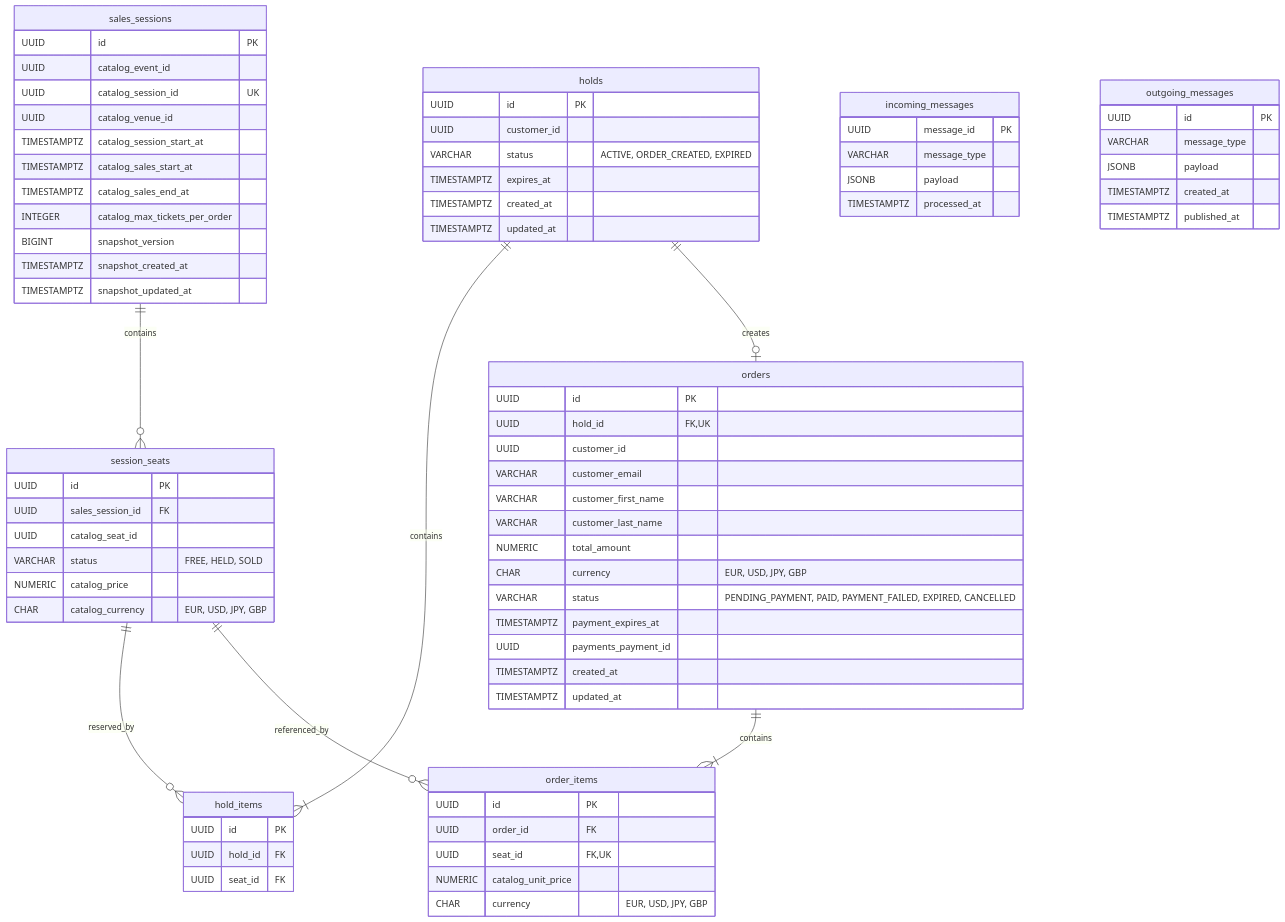
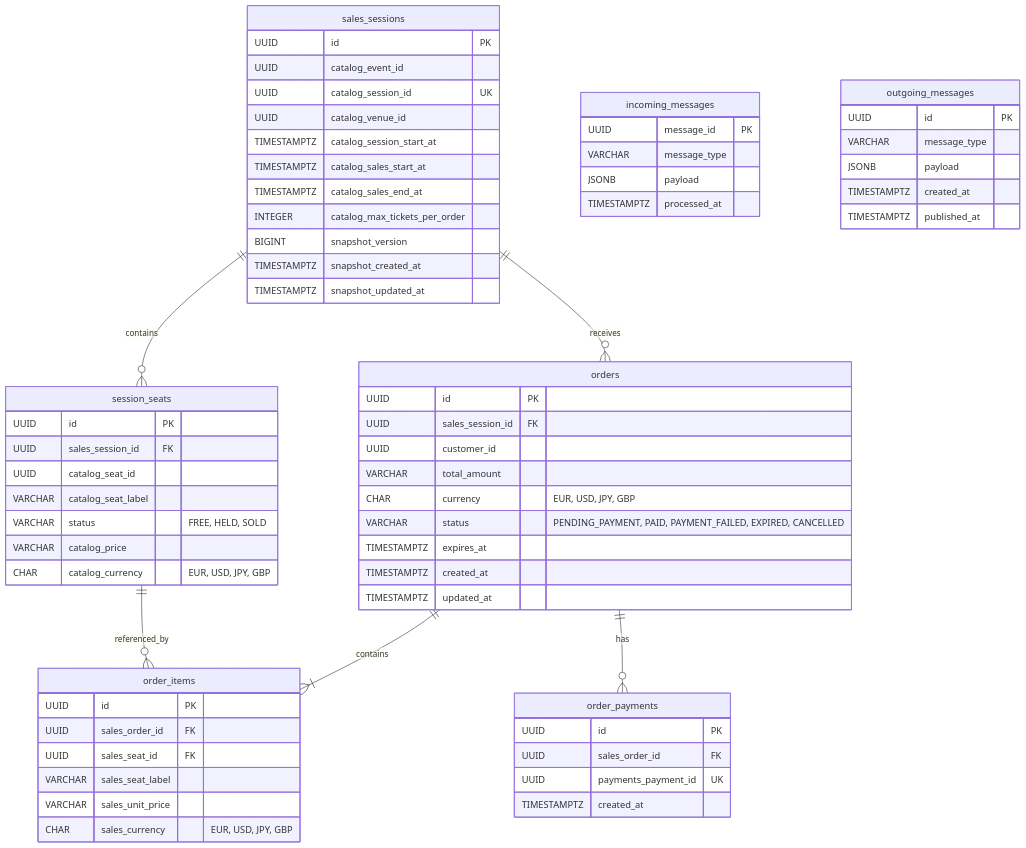
Before and after one commit to PolitoGroup8/sales: the diagram in README.md, drawn with Mermaid. The commit also changed other lines of this file and 43 other files, not shown here.

````diff
--- a/README.md
+++ b/README.md
@@ -103,86 +103,75 @@
 ```mermaid
 erDiagram
-    sales_sessions ||--o{ session_seats : contains
-    holds ||--|{ hold_items : contains
-    session_seats ||--o{ hold_items : reserved_by
-    holds ||--o| orders : creates
-    orders ||--|{ order_items : contains
-    session_seats ||--o{ order_items : referenced_by
+   sales_sessions ||--o{ session_seats : contains
+   sales_sessions ||--o{ orders : receives
+   orders ||--|{ order_items : contains
+   orders ||--o{ order_payments : has
+   session_seats ||--o{ order_items : referenced_by
 
-    sales_sessions {
-        UUID id PK
-        UUID catalog_event_id
-        UUID catalog_session_id UK
-        UUID catalog_venue_id
-        TIMESTAMPTZ catalog_session_start_at
-        TIMESTAMPTZ catalog_sales_start_at
-        TIMESTAMPTZ catalog_sales_end_at
-        INTEGER catalog_max_tickets_per_order
-        BIGINT snapshot_version
-        TIMESTAMPTZ snapshot_created_at
-        TIMESTAMPTZ snapshot_updated_at
-    }
+   sales_sessions {
+      UUID id PK
+      UUID catalog_event_id
+      UUID catalog_session_id UK
+      UUID catalog_venue_id
+      TIMESTAMPTZ catalog_session_start_at
+      TIMESTAMPTZ catalog_sales_start_at
+      TIMESTAMPTZ catalog_sales_end_at
+      INTEGER catalog_max_tickets_per_order
+      BIGINT snapshot_version
+      TIMESTAMPTZ snapshot_created_at
+      TIMESTAMPTZ snapshot_updated_at
+   }
 
-    session_seats {
-        UUID id PK
-        UUID sales_session_id FK
-        UUID catalog_seat_id
-        VARCHAR status "FREE, HELD, SOLD"
-        NUMERIC catalog_price
-        CHAR catalog_currency "EUR, USD, JPY, GBP"
-    }
+   session_seats {
+      UUID id PK
+      UUID sales_session_id FK
+      UUID catalog_seat_id
+      VARCHAR catalog_seat_label
+      VARCHAR status "FREE, HELD, SOLD"
+      VARCHAR catalog_price
+      CHAR catalog_currency "EUR, USD, JPY, GBP"
+   }
 
-    holds {
-        UUID id PK
-        UUID customer_id
-        VARCHAR status "ACTIVE, ORDER_CREATED, EXPIRED"
-        TIMESTAMPTZ expires_at
-        TIMESTAMPTZ created_at
-        TIMESTAMPTZ updated_at
-    }
+   orders {
+      UUID id PK
+      UUID sales_session_id FK
+      UUID customer_id
+      VARCHAR total_amount
+      CHAR currency "EUR, USD, JPY, GBP"
+      VARCHAR status "PENDING_PAYMENT, PAID, PAYMENT_FAILED, EXPIRED, CANCELLED"
+      TIMESTAMPTZ expires_at
+      TIMESTAMPTZ created_at
+      TIMESTAMPTZ updated_at
+   }
 
-    hold_items {
-        UUID id PK
-        UUID hold_id FK
-        UUID seat_id FK
-    }
+   order_payments {
+      UUID id PK
+      UUID sales_order_id FK
+      UUID payments_payment_id UK
+      TIMESTAMPTZ created_at
+   }
 
-    orders {
-        UUID id PK
-        UUID hold_id FK, UK
-        UUID customer_id
-        VARCHAR customer_email
-        VARCHAR customer_first_name
-        VARCHAR customer_last_name
-        NUMERIC total_amount
-        CHAR currency "EUR, USD, JPY, GBP"
-        VARCHAR status "PENDING_PAYMENT, PAID, PAYMENT_FAILED, EXPIRED, CANCELLED"
-        TIMESTAMPTZ payment_expires_at
-        UUID payments_payment_id
-        TIMESTAMPTZ created_at
-        TIMESTAMPTZ updated_at
-    }
+   order_items {
+      UUID id PK
+      UUID sales_order_id FK
+      UUID sales_seat_id FK
+      VARCHAR sales_seat_label
+      VARCHAR sales_unit_price
+      CHAR sales_currency "EUR, USD, JPY, GBP"
+   }
 
-    order_items {
-        UUID id PK
-        UUID order_id FK
-        UUID seat_id FK, UK
-        NUMERIC catalog_unit_price
-        CHAR currency "EUR, USD, JPY, GBP"
-    }
+   incoming_messages {
+      UUID message_id PK
+      VARCHAR message_type
+      JSONB payload
+      TIMESTAMPTZ processed_at
+   }
 
-    incoming_messages {
-        UUID message_id PK
-        VARCHAR message_type
-        JSONB payload
-        TIMESTAMPTZ processed_at
-    }
-
-    outgoing_messages {
-        UUID id PK
-        VARCHAR message_type
-        JSONB payload
-        TIMESTAMPTZ created_at
-        TIMESTAMPTZ published_at
-    }
+   outgoing_messages {
+      UUID id PK
+      VARCHAR message_type
+      JSONB payload
+      TIMESTAMPTZ created_at
+      TIMESTAMPTZ published_at
+   }
 ```
````
